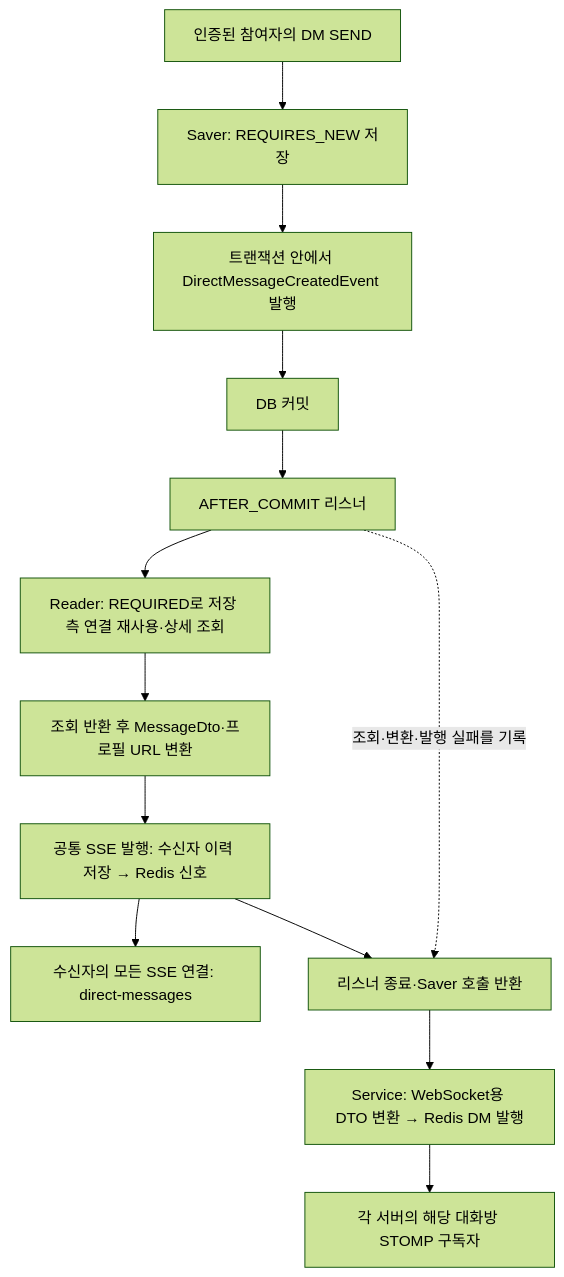
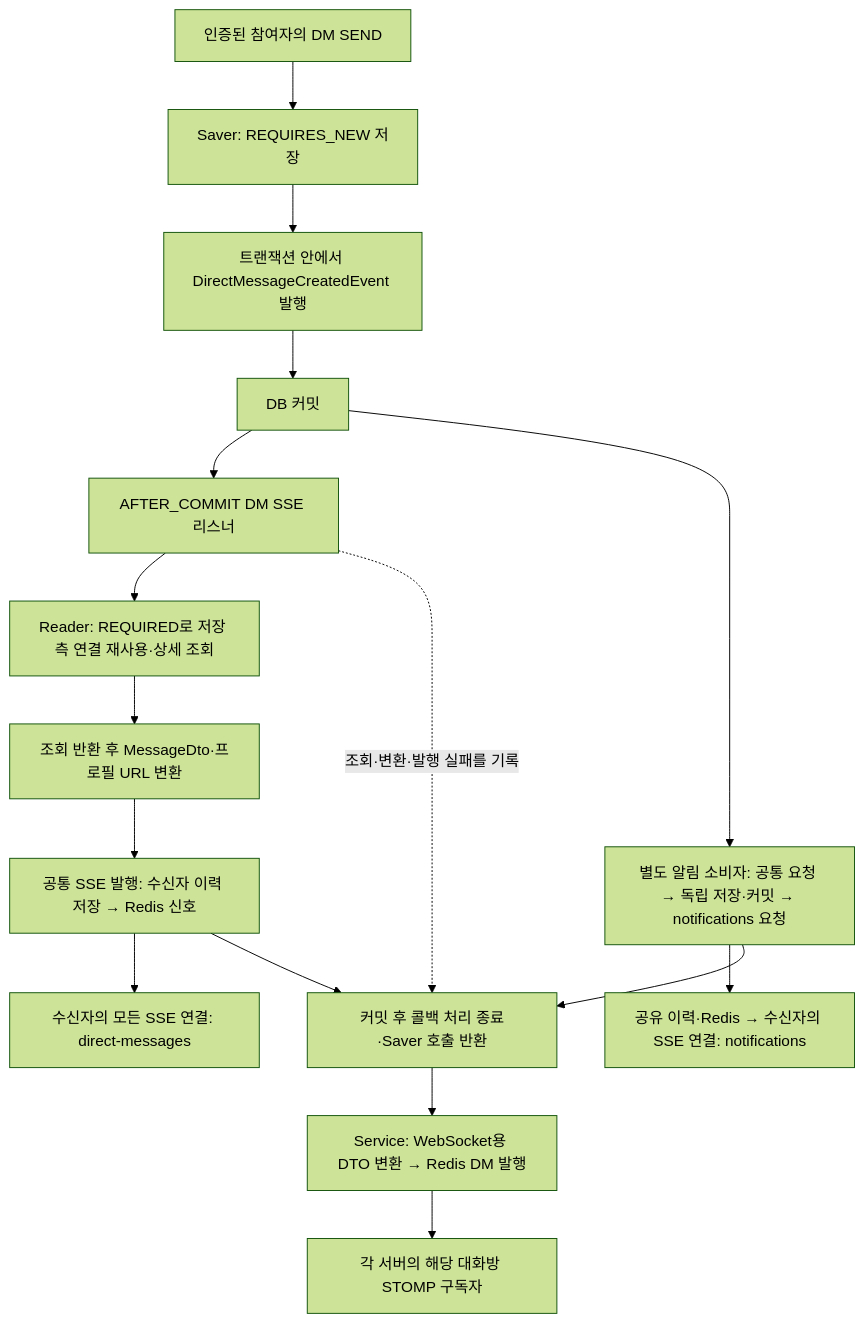
One commit to codeit-backend13-part4-team1/playlist_for_everyone changed the diagram in docs/conversation/15-direct-message-event-sse.md. Above: the diagram before and after it, drawn with Mermaid (forest theme). The commit also changed other lines of this file and 13 other files, not shown here.

````diff
--- a/docs/conversation/15-direct-message-event-sse.md
+++ b/docs/conversation/15-direct-message-event-sse.md
@@ -7,15 +7,18 @@
 ```mermaid
 flowchart TD
     SEND["인증된 참여자의 DM SEND"] --> SAVE["Saver: REQUIRES_NEW 저장"]
     SAVE --> EVENT["트랜잭션 안에서 DirectMessageCreatedEvent 발행"]
     EVENT --> COMMIT["DB 커밋"]
-    COMMIT --> LISTENER["AFTER_COMMIT 리스너"]
+    COMMIT --> LISTENER["AFTER_COMMIT DM SSE 리스너"]
+    COMMIT --> NOTICE["별도 알림 소비자: 공통 요청 → 독립 저장·커밋 → notifications 요청"]
     LISTENER --> READ["Reader: REQUIRED로 저장 측 연결 재사용·상세 조회"]
     READ --> MAP["조회 반환 후 MessageDto·프로필 URL 변환"]
     MAP --> SSE["공통 SSE 발행: 수신자 이력 저장 → Redis 신호"]
     SSE --> RECEIVE["수신자의 모든 SSE 연결: direct-messages"]
-    SSE --> RETURN["리스너 종료·Saver 호출 반환"]
+    NOTICE --> NRECEIVE["공유 이력·Redis → 수신자의 SSE 연결: notifications"]
+    NOTICE --> RETURN["커밋 후 콜백 처리 종료·Saver 호출 반환"]
+    SSE --> RETURN
     LISTENER -. "조회·변환·발행 실패를 기록" .-> RETURN
     RETURN --> WS["Service: WebSocket용 DTO 변환 → Redis DM 발행"]
     WS --> ROOM["각 서버의 해당 대화방 STOMP 구독자"]
 ```
````
